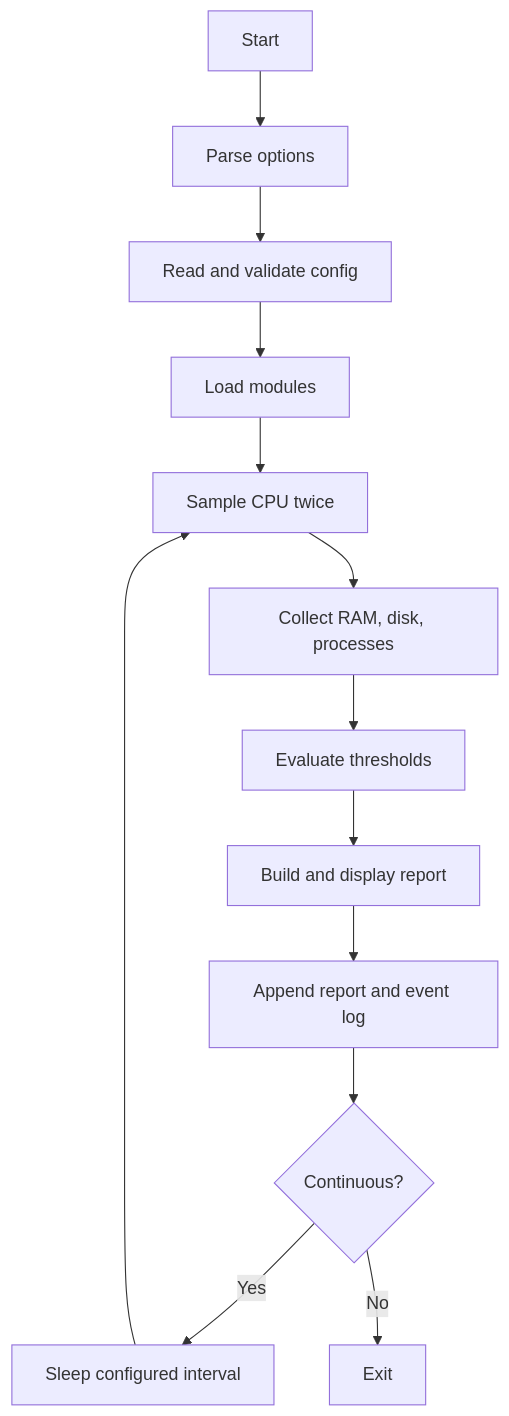
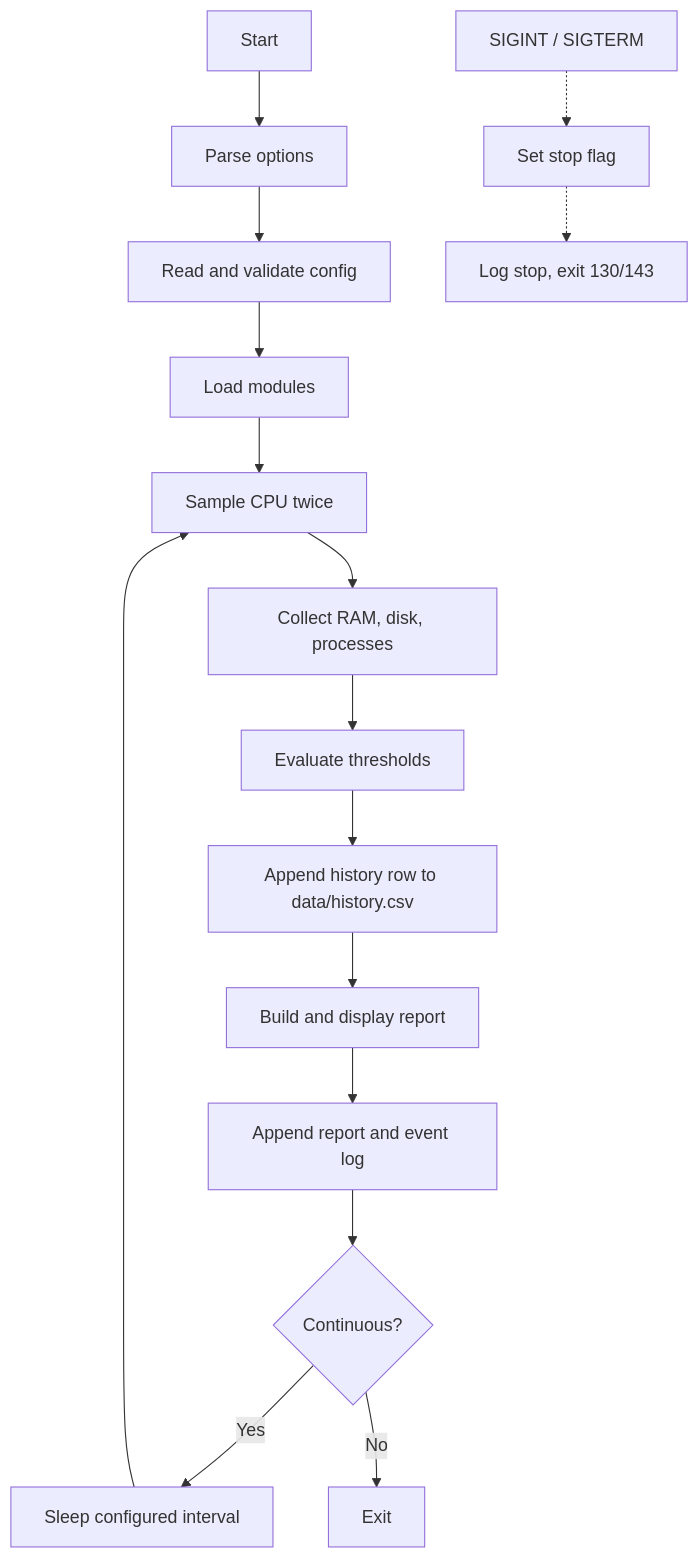
The diagram in docs/architecture.md (athynova/linux-system-monitor), drawn with Mermaid before and after one commit. The commit also changed other lines of this file and 5 other files, not shown here.

````diff
--- a/docs/architecture.md
+++ b/docs/architecture.md
@@ -16,15 +17,18 @@
 ```mermaid
 flowchart TD
  A[Start] --> B[Parse options]
  B --> C[Read and validate config]
  C --> D[Load modules]
  D --> E[Sample CPU twice]
  E --> F[Collect RAM, disk, processes]
  F --> G[Evaluate thresholds]
- G --> H[Build and display report]
+ G --> G2[Append history row to data/history.csv]
+ G2 --> H[Build and display report]
  H --> I[Append report and event log]
  I --> J{Continuous?}
  J -- Yes --> K[Sleep configured interval]
  K --> E
  J -- No --> L[Exit]
+ SIG[SIGINT / SIGTERM] -.-> M[Set stop flag]
+ M -.-> N[Log stop, exit 130/143]
 ```
````
